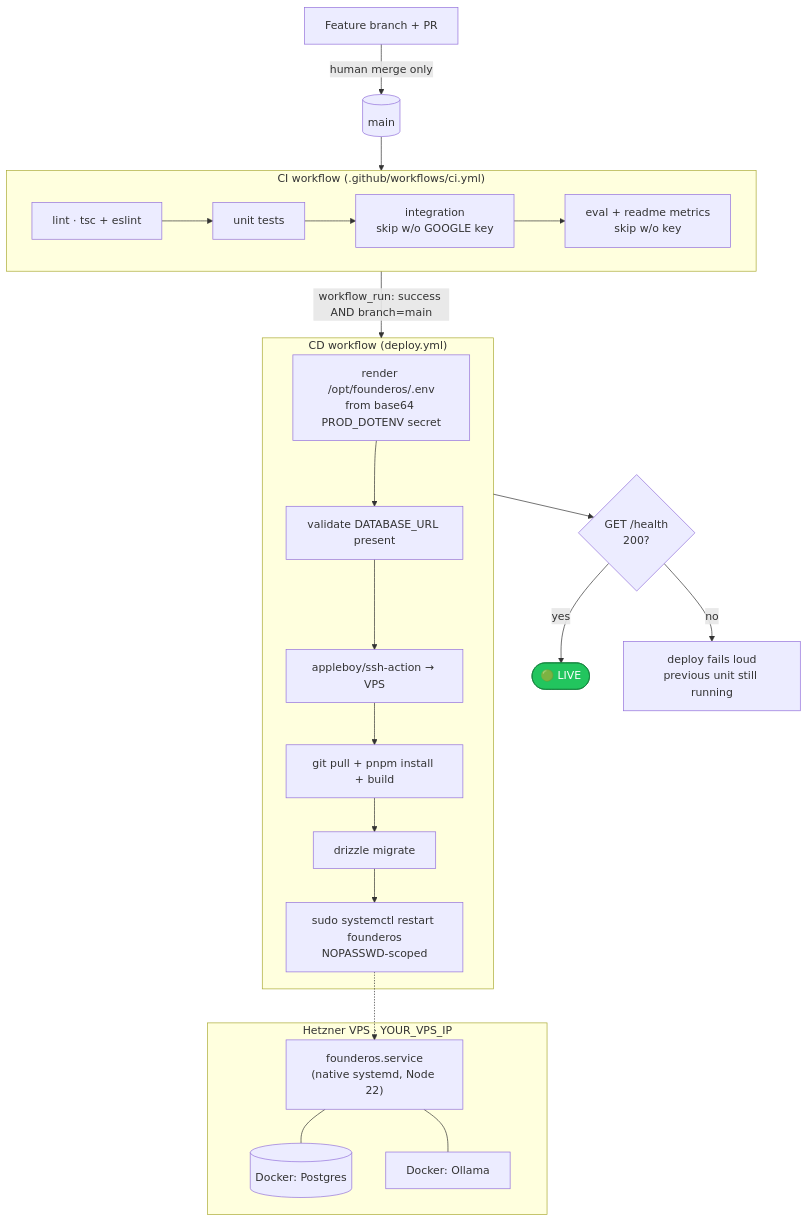
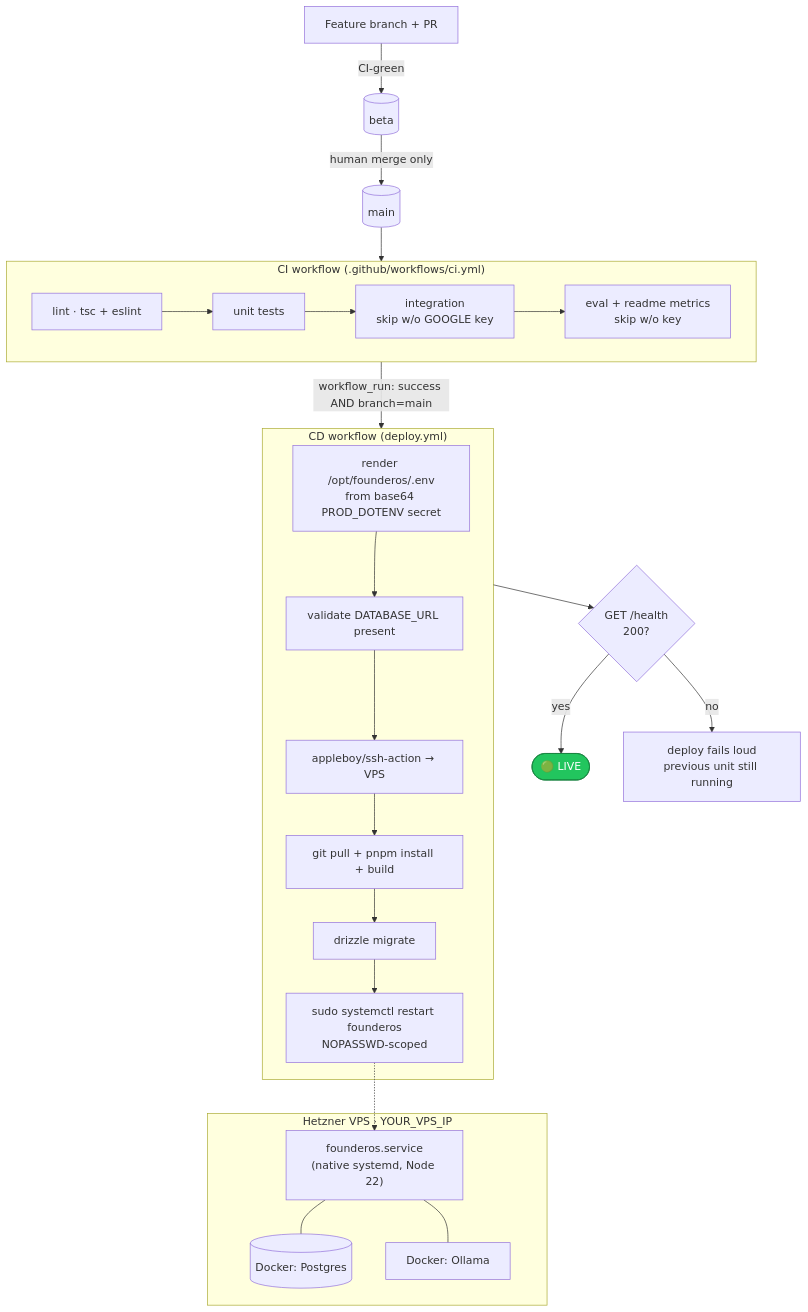
The diagram in docs/diagrams/05-deployment-pipeline.md (pushkarverma3698/FounderOS), drawn with Mermaid before and after one commit. The commit also changed other lines of this file and 65 other files, not shown here.

First line of the commit message:
docs: modernize to v3, add showcase diagrams, case studies & blogs

````diff
--- a/docs/diagrams/05-deployment-pipeline.md
+++ b/docs/diagrams/05-deployment-pipeline.md
@@ -7,37 +8,38 @@
 ```mermaid
 flowchart TD
-  pr[Feature branch + PR] -->|human merge only| main[(main)]
+  pr[Feature branch + PR] -->|CI-green| beta[(beta)]
+  beta -->|human merge only| main[(main)]
   main --> ci
 
   subgraph ci["CI workflow (.github/workflows/ci.yml)"]
     lint[lint · tsc + eslint] --> unit[unit tests]
     unit --> integ[integration<br/>skip w/o GOOGLE key]
     integ --> evalj[eval + readme metrics<br/>skip w/o key]
   end
 
   ci -->|workflow_run: success AND branch=main| cd
 
   subgraph cd["CD workflow (deploy.yml)"]
     render[render /opt/founderos/.env<br/>from base64 PROD_DOTENV secret] --> validate[validate DATABASE_URL present]
     validate --> ssh[appleboy/ssh-action → VPS]
     ssh --> pull[git pull + pnpm install + build]
     pull --> migrate[drizzle migrate]
     migrate --> restart[sudo systemctl restart founderos<br/>NOPASSWD-scoped]
   end
 
   cd --> health{GET /health<br/>200?}
   health -- yes --> live([🟢 LIVE])
   health -- no --> rollback[deploy fails loud<br/>previous unit still running]
 
   subgraph vps["Hetzner VPS · YOUR_VPS_IP"]
     app["founderos.service<br/>(native systemd, Node 22)"]
     dpg[("Docker: Postgres")]
     dol["Docker: Ollama"]
     app --- dpg
     app --- dol
   end
   restart -.-> app
 
   classDef live fill:#22c55e,stroke:#15803d,color:#fff
   class live live
 ```
````
